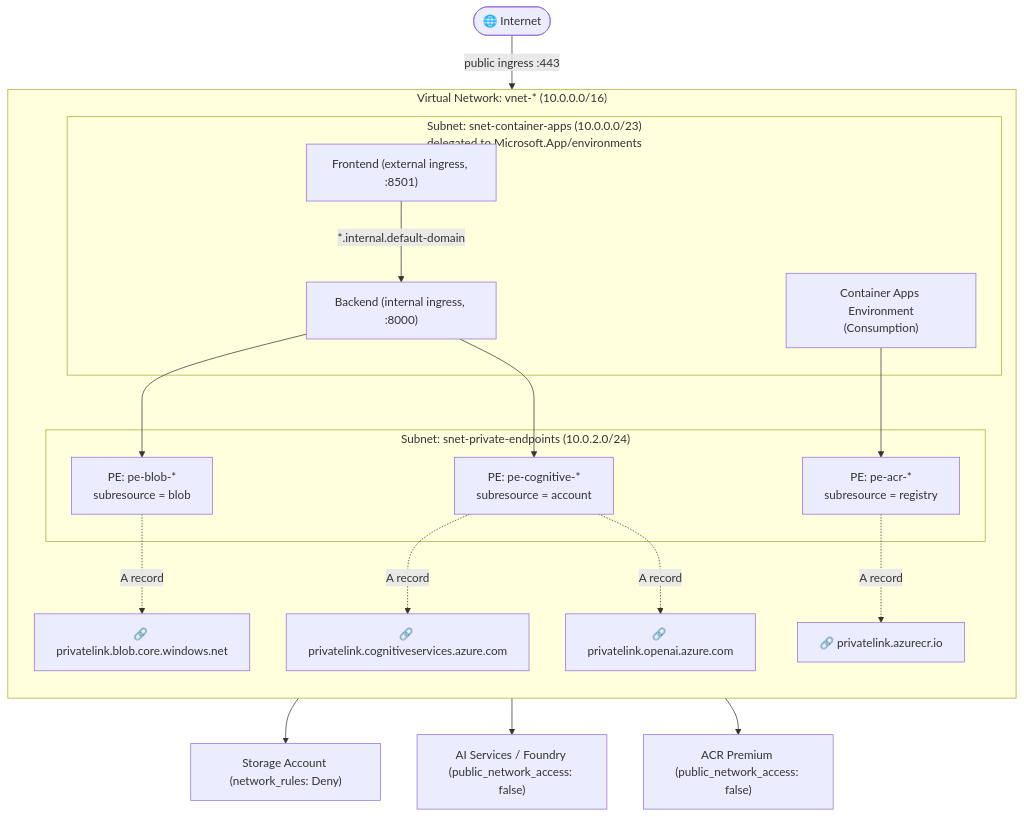
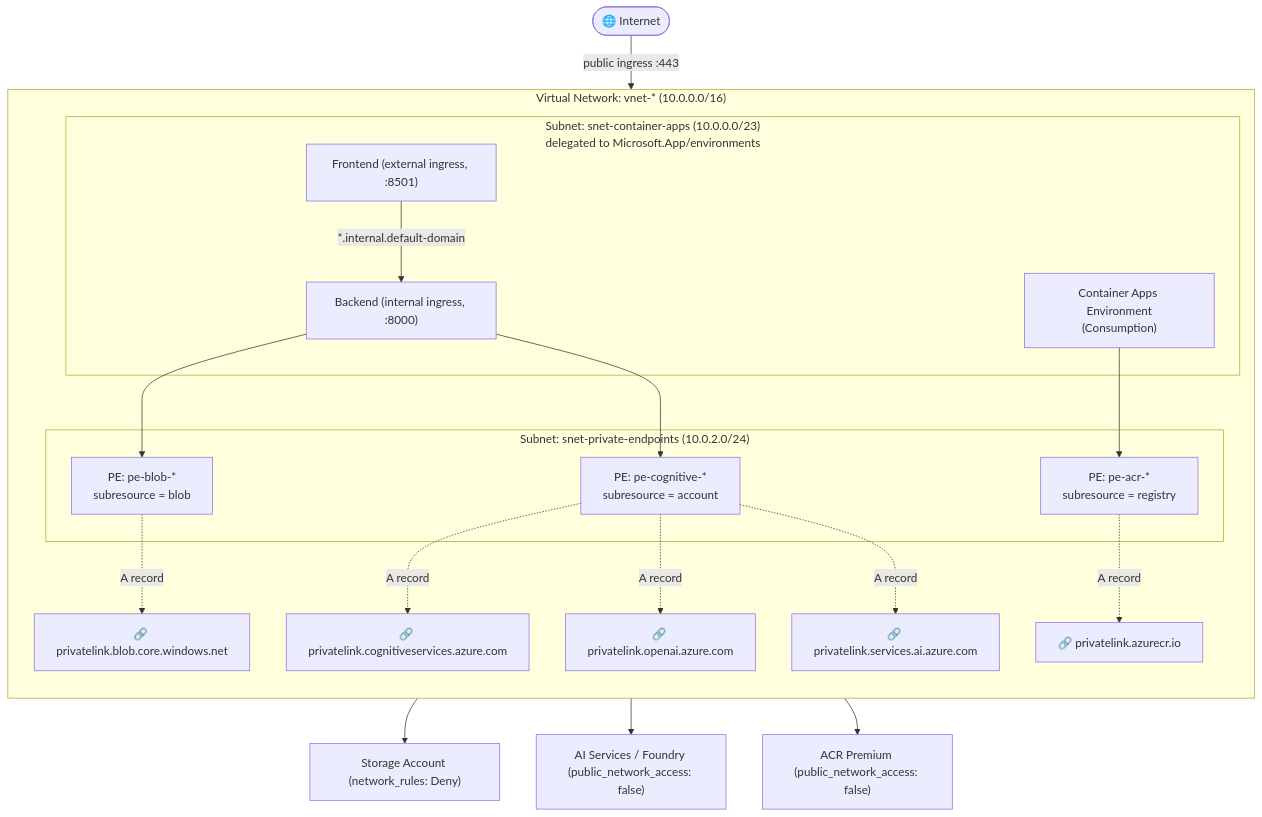
One commit to 0ht/meeting-minutes-agent changed the first of 6 diagrams in docs/architecture.md. Above: the diagram before and after it, drawn with Mermaid. The commit also changed other lines of this file and 3 other files, not shown here.

Commit message:
fix: add privatelink.services.ai.azure.com DNS zone for Foundry endpoint

````diff
--- a/docs/architecture.md
+++ b/docs/architecture.md
@@ -94,42 +94,44 @@
 ```mermaid
 flowchart TB
     Internet([🌐 Internet])
 
     subgraph VNET["Virtual Network: vnet-* (10.0.0.0/16)"]
         direction TB
 
         subgraph SNET_CA["Subnet: snet-container-apps (10.0.0.0/23)<br/>delegated to Microsoft.App/environments"]
             CAE["Container Apps Environment<br/>(Consumption)"]
             FE["Frontend (external ingress, :8501)"]
             BE["Backend (internal ingress, :8000)"]
         end
 
         subgraph SNET_PE["Subnet: snet-private-endpoints (10.0.2.0/24)"]
             PE_BLOB["PE: pe-blob-*<br/>subresource = blob"]
             PE_COG["PE: pe-cognitive-*<br/>subresource = account"]
             PE_ACR["PE: pe-acr-*<br/>subresource = registry"]
         end
 
         PDNS_BLOB["🔗 privatelink.blob.core.windows.net"]
         PDNS_COG["🔗 privatelink.cognitiveservices.azure.com"]
         PDNS_OAI["🔗 privatelink.openai.azure.com"]
+        PDNS_AI_SVC["🔗 privatelink.services.ai.azure.com"]
         PDNS_ACR["🔗 privatelink.azurecr.io"]
     end
 
     ST["Storage Account (network_rules: Deny)"]
     AIF["AI Services / Foundry (public_network_access: false)"]
     ACR["ACR Premium (public_network_access: false)"]
 
     Internet -->|"public ingress :443"| FE
     FE -->|"*.internal.default-domain"| BE
     BE --> PE_BLOB
     BE --> PE_COG
     CAE --> PE_ACR
     PE_BLOB -."A record".-> PDNS_BLOB
     PE_COG -."A record".-> PDNS_COG
     PE_COG -."A record".-> PDNS_OAI
+    PE_COG -."A record".-> PDNS_AI_SVC
     PE_ACR -."A record".-> PDNS_ACR
     PE_BLOB --> ST
     PE_COG --> AIF
     PE_ACR --> ACR
 ```
````
